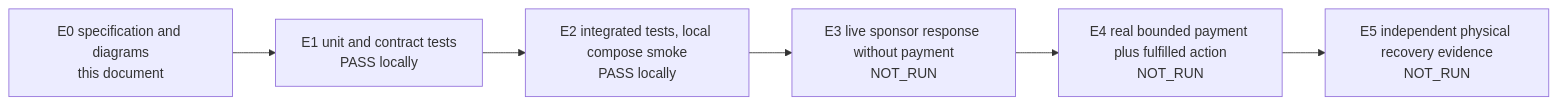
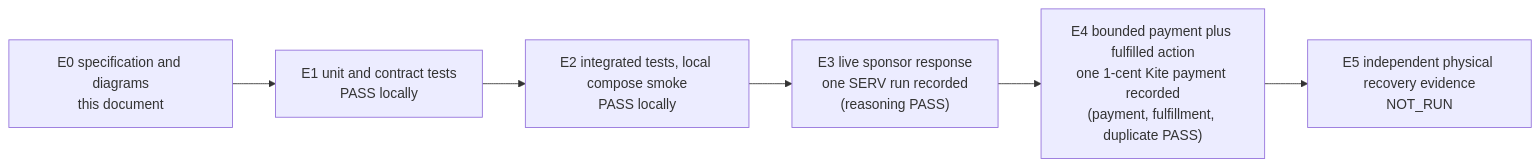
The third of 3 diagrams in docs/release/ARCHITECTURE.md (gnanam1990/uptimebuyer), drawn with Mermaid before and after one commit. The commit also changed other lines of this file and 14 other files, not shown here.

````diff
--- a/docs/release/ARCHITECTURE.md
+++ b/docs/release/ARCHITECTURE.md
@@ -61,8 +61,8 @@
 ```mermaid
 flowchart LR
   E0["E0 specification and diagrams<br/>this document"] --> E1["E1 unit and contract tests<br/>PASS locally"]
   E1 --> E2["E2 integrated tests, local compose smoke<br/>PASS locally"]
-  E2 --> E3["E3 live sponsor response without payment<br/>NOT_RUN"]
-  E3 --> E4["E4 real bounded payment plus fulfilled action<br/>NOT_RUN"]
+  E2 --> E3["E3 live sponsor response<br/>one SERV run recorded<br/>(reasoning PASS)"]
+  E3 --> E4["E4 bounded payment plus fulfilled action<br/>one 1-cent Kite payment recorded<br/>(payment, fulfillment, duplicate PASS)"]
   E4 --> E5["E5 independent physical recovery evidence<br/>NOT_RUN"]
 ```
````
